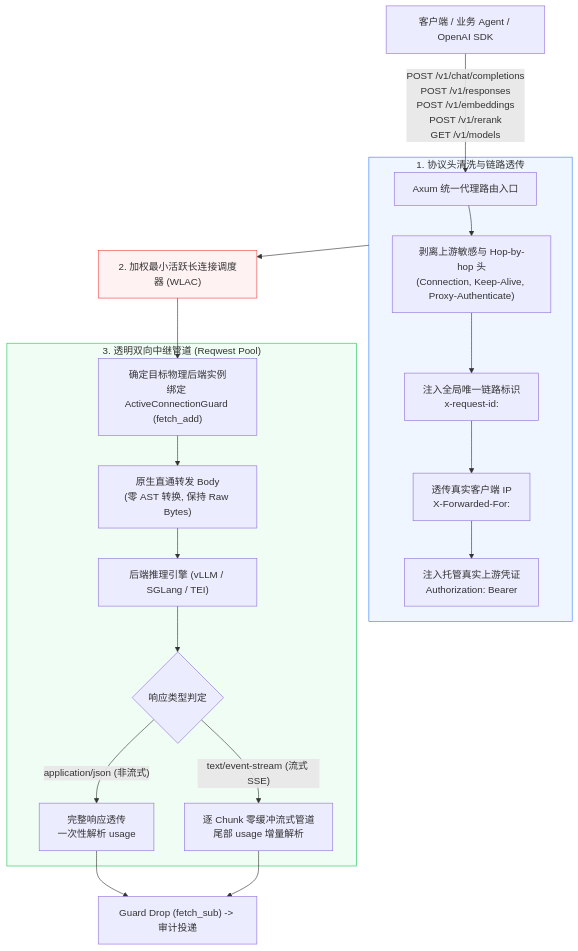
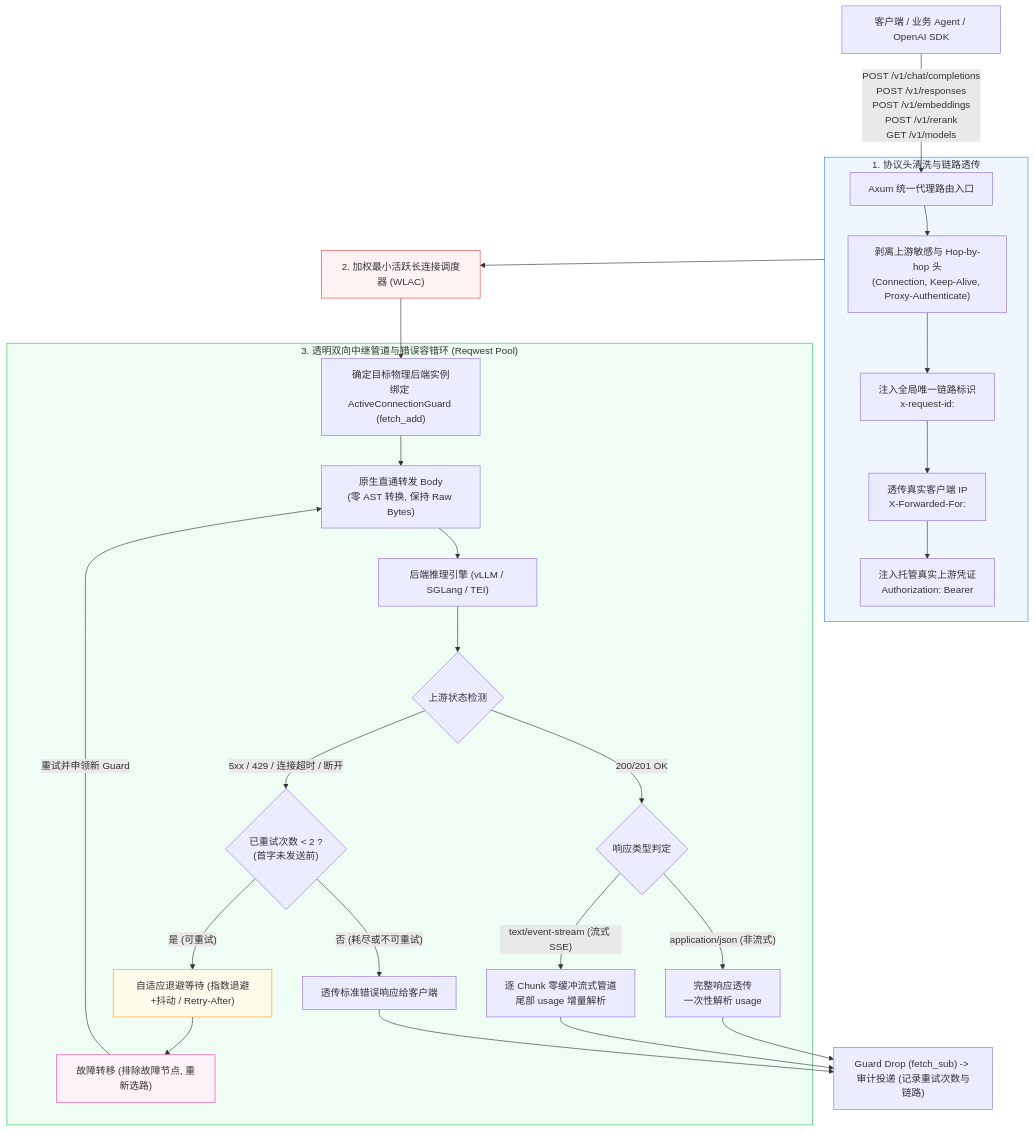
The first of 7 diagrams in docs/02-design/03-routing-and-proxy.md (fugui/rs-gate), drawn with Mermaid before and after one commit. The commit also changed other lines of this file and 4 other files, not shown here.

Commit message:
docs: add upstream silent retry & failover specification to feature matrix and system design

````diff
--- a/docs/02-design/03-routing-and-proxy.md
+++ b/docs/02-design/03-routing-and-proxy.md
@@ -32,29 +32,41 @@
 ```mermaid
 graph TD
     Client["客户端 / 业务 Agent / OpenAI SDK"] -->|"POST /v1/chat/completions<br>POST /v1/responses<br>POST /v1/embeddings<br>POST /v1/rerank<br>GET /v1/models"| Ingress["Axum 统一代理路由入口"]
     
     subgraph HeaderSanitizer["1. 协议头清洗与链路透传"]
         Ingress --> Strip["剥离上游敏感与 Hop-by-hop 头<br>(Connection, Keep-Alive, Proxy-Authenticate)"]
         Strip --> InjectTrace["注入全局唯一链路标识<br>x-request-id: <uuid>"]
         InjectTrace --> InjectIP["透传真实客户端 IP<br>X-Forwarded-For: <client_ip>"]
         InjectIP --> InjectAuth["注入托管真实上游凭证<br>Authorization: Bearer <upstream_key>"]
     end
 
     HeaderSanitizer --> WLACScheduler["2. 加权最小活跃长连接调度器 (WLAC)"]
     WLACScheduler --> InstanceSelected["确定目标物理后端实例<br>绑定 ActiveConnectionGuard (fetch_add)"]
 
-    subgraph ProxyPipeline["3. 透明双向中继管道 (Reqwest Pool)"]
+    subgraph ProxyPipeline["3. 透明双向中继管道与错误容错环 (Reqwest Pool)"]
         InstanceSelected --> UpstreamReq["原生直通转发 Body<br>(零 AST 转换, 保持 Raw Bytes)"]
         UpstreamReq --> TargetBackend["后端推理引擎 (vLLM / SGLang / TEI)"]
-        TargetBackend --> ResponseDetect{"响应类型判定"}
+        TargetBackend --> ErrorOrResponse{"上游状态检测"}
+        
+        ErrorOrResponse -->|"5xx / 429 / 连接超时 / 断开"| RetryCheck{"已重试次数 < 2 ?<br>(首字未发送前)"}
+        RetryCheck -->|"是 (可重试)"| Backoff["自适应退避等待 (指数退避+抖动 / Retry-After)"]
+        Backoff --> FailoverRoute["故障转移 (排除故障节点, 重新选路)"]
+        FailoverRoute -->|"重试并申领新 Guard"| UpstreamReq
+        
+        RetryCheck -->|"否 (耗尽或不可重试)"| ThrowError["透传标准错误响应给客户端"]
+        
+        ErrorOrResponse -->|"200/201 OK"| ResponseDetect{"响应类型判定"}
         ResponseDetect -->|"application/json (非流式)"| NonStream["完整响应透传<br>一次性解析 usage"]
         ResponseDetect -->|"text/event-stream (流式 SSE)"| StreamRelay["逐 Chunk 零缓冲流式管道<br>尾部 usage 增量解析"]
     end
 
-    NonStream --> GuardDrop["Guard Drop (fetch_sub) -> 审计投递"]
+    NonStream --> GuardDrop["Guard Drop (fetch_sub) -> 审计投递 (记录重试次数与链路)"]
     StreamRelay --> GuardDrop
+    ThrowError --> GuardDrop
 
     style HeaderSanitizer fill:#eff6ff,stroke:#3b82f6
     style WLACScheduler fill:#fef2f2,stroke:#ef4444
     style ProxyPipeline fill:#f0fdf4,stroke:#22c55e
+    style Backoff fill:#fffbeb,stroke:#f59e0b
+    style FailoverRoute fill:#fdf2f8,stroke:#ec4899
 ```
````
